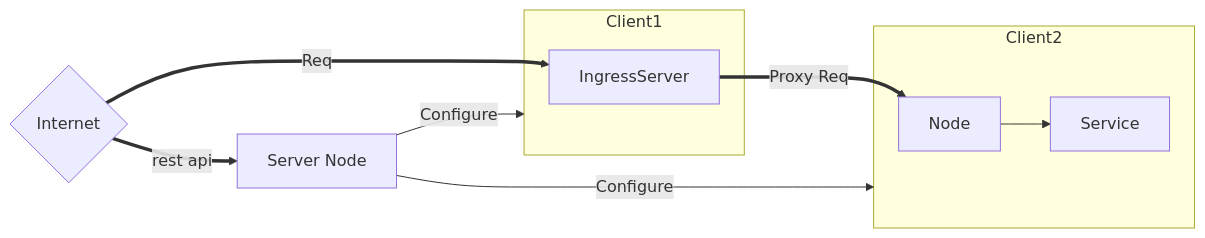
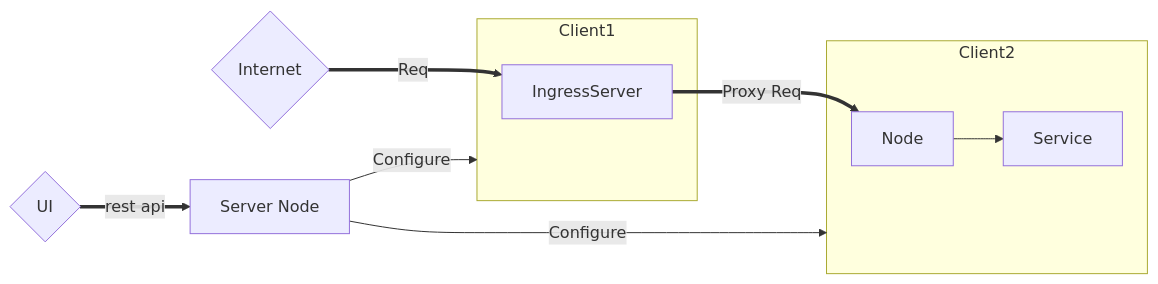
Before and after one commit to eyanshu1997/tunnlrX: the diagram in workflow.md, drawn with Mermaid.

Commit message:
add workflow with UI

````diff
--- a/workflow.md
+++ b/workflow.md
@@ -13,14 +13,14 @@
 ```mermaid
 flowchart LR
     A[Server Node] -->|Configure| Client1
     A[Server Node] -->|Configure| Client2
     D{Internet} ==> |Req| IngressServer
     IngressServer ==> |Proxy Req|Node
-    D ==>|rest api|A
+    E{UI} ==>|rest api|A
     subgraph Client2
         Node --> Service
     end
     subgraph Client1
         IngressServer
     end
 ```
````
